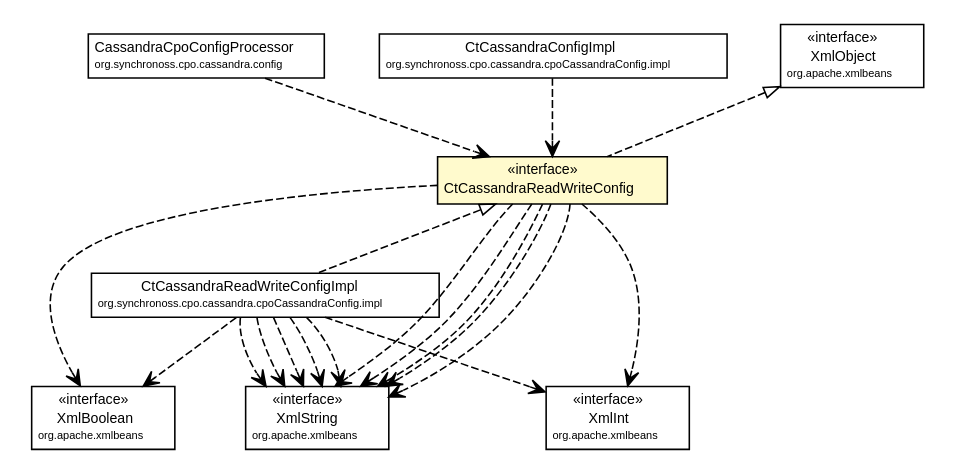
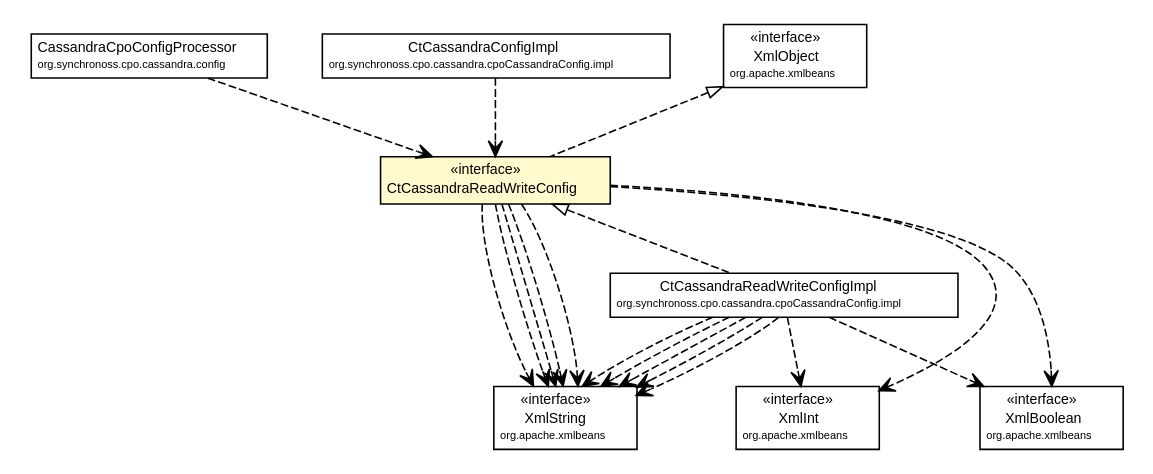
Before and after one commit to synchronoss/cpo-api: the diagram in site/apidocs/org/synchronoss/cpo/cassandra/cpoCassandraConfig/CtCassandraReadWriteConfig.dot, drawn with Graphviz. The commit also changed 899 other files, not shown here.

```diff
--- a/site/apidocs/org/synchronoss/cpo/cassandra/cpoCassandraConfig/CtCassandraReadWriteConfig.dot
+++ b/site/apidocs/org/synchronoss/cpo/cassandra/cpoCassandraConfig/CtCassandraReadWriteConfig.dot
@@ -1,106 +1,106 @@
 #!/usr/local/bin/dot
 #
 # Class diagram 
 # Generated by UmlGraph version 4.6 (http://www.spinellis.gr/sw/umlgraph)
 #
 
 digraph G {
 	edge [fontname="Helvetica",fontsize=10,labelfontname="Helvetica",labelfontsize=10];
 	node [fontname="Helvetica",fontsize=10,shape=plaintext];
 	// org.synchronoss.cpo.cassandra.config.CassandraCpoConfigProcessor
 	c51211 [label=<<table border="0" cellborder="1" cellspacing="0" cellpadding="2" port="p" href="../config/CassandraCpoConfigProcessor.html">
 		<tr><td><table border="0" cellspacing="0" cellpadding="1">
 			<tr><td> CassandraCpoConfigProcessor </td></tr>
 			<tr><td><font point-size="7.0"> org.synchronoss.cpo.cassandra.config </font></td></tr>
 		</table></td></tr>
 		</table>>, fontname="Helvetica", fontcolor="black", fontsize=9.0];
 	// org.synchronoss.cpo.cassandra.cpoCassandraConfig.CtCassandraReadWriteConfig
 	c51230 [label=<<table border="0" cellborder="1" cellspacing="0" cellpadding="2" port="p" bgcolor="lemonChiffon" href="./CtCassandraReadWriteConfig.html">
 		<tr><td><table border="0" cellspacing="0" cellpadding="1">
 			<tr><td> &laquo;interface&raquo; </td></tr>
 			<tr><td> CtCassandraReadWriteConfig </td></tr>
 		</table></td></tr>
 		</table>>, fontname="Helvetica", fontcolor="black", fontsize=9.0];
 	// org.synchronoss.cpo.cassandra.cpoCassandraConfig.impl.CtCassandraReadWriteConfigImpl
 	c51237 [label=<<table border="0" cellborder="1" cellspacing="0" cellpadding="2" port="p" href="./impl/CtCassandraReadWriteConfigImpl.html">
 		<tr><td><table border="0" cellspacing="0" cellpadding="1">
 			<tr><td> CtCassandraReadWriteConfigImpl </td></tr>
 			<tr><td><font point-size="7.0"> org.synchronoss.cpo.cassandra.cpoCassandraConfig.impl </font></td></tr>
 		</table></td></tr>
 		</table>>, fontname="Helvetica", fontcolor="black", fontsize=9.0];
 	// org.synchronoss.cpo.cassandra.cpoCassandraConfig.impl.CtCassandraConfigImpl
 	c51238 [label=<<table border="0" cellborder="1" cellspacing="0" cellpadding="2" port="p" href="./impl/CtCassandraConfigImpl.html">
 		<tr><td><table border="0" cellspacing="0" cellpadding="1">
 			<tr><td> CtCassandraConfigImpl </td></tr>
 			<tr><td><font point-size="7.0"> org.synchronoss.cpo.cassandra.cpoCassandraConfig.impl </font></td></tr>
 		</table></td></tr>
 		</table>>, fontname="Helvetica", fontcolor="black", fontsize=9.0];
 	//org.synchronoss.cpo.cassandra.cpoCassandraConfig.CtCassandraReadWriteConfig implements org.apache.xmlbeans.XmlObject
 	c51244:p -> c51230:p [dir=back,arrowtail=empty,style=dashed];
 	//org.synchronoss.cpo.cassandra.cpoCassandraConfig.impl.CtCassandraReadWriteConfigImpl implements org.synchronoss.cpo.cassandra.cpoCassandraConfig.CtCassandraReadWriteConfig
 	c51230:p -> c51237:p [dir=back,arrowtail=empty,style=dashed];
 	// org.synchronoss.cpo.cassandra.config.CassandraCpoConfigProcessor DEPEND org.synchronoss.cpo.cassandra.cpoCassandraConfig.CtCassandraReadWriteConfig
 	c51211:p -> c51230:p [taillabel="", label="", headlabel="", fontname="Helvetica", fontcolor="black", fontsize=10.0, color="black", arrowhead=open, style=dashed];
+	// org.synchronoss.cpo.cassandra.cpoCassandraConfig.CtCassandraReadWriteConfig DEPEND org.apache.xmlbeans.XmlString
+	c51230:p -> c51245:p [taillabel="", label="", headlabel="", fontname="Helvetica", fontcolor="black", fontsize=10.0, color="black", arrowhead=open, style=dashed];
+	// org.synchronoss.cpo.cassandra.cpoCassandraConfig.CtCassandraReadWriteConfig DEPEND org.apache.xmlbeans.XmlInt
+	c51230:p -> c51246:p [taillabel="", label="", headlabel="", fontname="Helvetica", fontcolor="black", fontsize=10.0, color="black", arrowhead=open, style=dashed];
 	// org.synchronoss.cpo.cassandra.cpoCassandraConfig.CtCassandraReadWriteConfig DEPEND org.apache.xmlbeans.XmlBoolean
+	c51230:p -> c51247:p [taillabel="", label="", headlabel="", fontname="Helvetica", fontcolor="black", fontsize=10.0, color="black", arrowhead=open, style=dashed];
+	// org.synchronoss.cpo.cassandra.cpoCassandraConfig.CtCassandraReadWriteConfig DEPEND org.apache.xmlbeans.XmlString
 	c51230:p -> c51245:p [taillabel="", label="", headlabel="", fontname="Helvetica", fontcolor="black", fontsize=10.0, color="black", arrowhead=open, style=dashed];
 	// org.synchronoss.cpo.cassandra.cpoCassandraConfig.CtCassandraReadWriteConfig DEPEND org.apache.xmlbeans.XmlString
-	c51230:p -> c51246:p [taillabel="", label="", headlabel="", fontname="Helvetica", fontcolor="black", fontsize=10.0, color="black", arrowhead=open, style=dashed];
+	c51230:p -> c51245:p [taillabel="", label="", headlabel="", fontname="Helvetica", fontcolor="black", fontsize=10.0, color="black", arrowhead=open, style=dashed];
 	// org.synchronoss.cpo.cassandra.cpoCassandraConfig.CtCassandraReadWriteConfig DEPEND org.apache.xmlbeans.XmlString
-	c51230:p -> c51246:p [taillabel="", label="", headlabel="", fontname="Helvetica", fontcolor="black", fontsize=10.0, color="black", arrowhead=open, style=dashed];
+	c51230:p -> c51245:p [taillabel="", label="", headlabel="", fontname="Helvetica", fontcolor="black", fontsize=10.0, color="black", arrowhead=open, style=dashed];
 	// org.synchronoss.cpo.cassandra.cpoCassandraConfig.CtCassandraReadWriteConfig DEPEND org.apache.xmlbeans.XmlString
-	c51230:p -> c51246:p [taillabel="", label="", headlabel="", fontname="Helvetica", fontcolor="black", fontsize=10.0, color="black", arrowhead=open, style=dashed];
-	// org.synchronoss.cpo.cassandra.cpoCassandraConfig.CtCassandraReadWriteConfig DEPEND org.apache.xmlbeans.XmlString
-	c51230:p -> c51246:p [taillabel="", label="", headlabel="", fontname="Helvetica", fontcolor="black", fontsize=10.0, color="black", arrowhead=open, style=dashed];
-	// org.synchronoss.cpo.cassandra.cpoCassandraConfig.CtCassandraReadWriteConfig DEPEND org.apache.xmlbeans.XmlString
-	c51230:p -> c51246:p [taillabel="", label="", headlabel="", fontname="Helvetica", fontcolor="black", fontsize=10.0, color="black", arrowhead=open, style=dashed];
-	// org.synchronoss.cpo.cassandra.cpoCassandraConfig.CtCassandraReadWriteConfig DEPEND org.apache.xmlbeans.XmlInt
-	c51230:p -> c51247:p [taillabel="", label="", headlabel="", fontname="Helvetica", fontcolor="black", fontsize=10.0, color="black", arrowhead=open, style=dashed];
+	c51230:p -> c51245:p [taillabel="", label="", headlabel="", fontname="Helvetica", fontcolor="black", fontsize=10.0, color="black", arrowhead=open, style=dashed];
+	// org.synchronoss.cpo.cassandra.cpoCassandraConfig.impl.CtCassandraReadWriteConfigImpl DEPEND org.apache.xmlbeans.XmlInt
+	c51237:p -> c51246:p [taillabel="", label="", headlabel="", fontname="Helvetica", fontcolor="black", fontsize=10.0, color="black", arrowhead=open, style=dashed];
+	// org.synchronoss.cpo.cassandra.cpoCassandraConfig.impl.CtCassandraReadWriteConfigImpl DEPEND org.apache.xmlbeans.XmlString
+	c51237:p -> c51245:p [taillabel="", label="", headlabel="", fontname="Helvetica", fontcolor="black", fontsize=10.0, color="black", arrowhead=open, style=dashed];
 	// org.synchronoss.cpo.cassandra.cpoCassandraConfig.impl.CtCassandraReadWriteConfigImpl DEPEND org.apache.xmlbeans.XmlBoolean
+	c51237:p -> c51247:p [taillabel="", label="", headlabel="", fontname="Helvetica", fontcolor="black", fontsize=10.0, color="black", arrowhead=open, style=dashed];
+	// org.synchronoss.cpo.cassandra.cpoCassandraConfig.impl.CtCassandraReadWriteConfigImpl DEPEND org.apache.xmlbeans.XmlString
 	c51237:p -> c51245:p [taillabel="", label="", headlabel="", fontname="Helvetica", fontcolor="black", fontsize=10.0, color="black", arrowhead=open, style=dashed];
 	// org.synchronoss.cpo.cassandra.cpoCassandraConfig.impl.CtCassandraReadWriteConfigImpl DEPEND org.apache.xmlbeans.XmlString
-	c51237:p -> c51246:p [taillabel="", label="", headlabel="", fontname="Helvetica", fontcolor="black", fontsize=10.0, color="black", arrowhead=open, style=dashed];
+	c51237:p -> c51245:p [taillabel="", label="", headlabel="", fontname="Helvetica", fontcolor="black", fontsize=10.0, color="black", arrowhead=open, style=dashed];
 	// org.synchronoss.cpo.cassandra.cpoCassandraConfig.impl.CtCassandraReadWriteConfigImpl DEPEND org.apache.xmlbeans.XmlString
-	c51237:p -> c51246:p [taillabel="", label="", headlabel="", fontname="Helvetica", fontcolor="black", fontsize=10.0, color="black", arrowhead=open, style=dashed];
+	c51237:p -> c51245:p [taillabel="", label="", headlabel="", fontname="Helvetica", fontcolor="black", fontsize=10.0, color="black", arrowhead=open, style=dashed];
 	// org.synchronoss.cpo.cassandra.cpoCassandraConfig.impl.CtCassandraReadWriteConfigImpl DEPEND org.apache.xmlbeans.XmlString
-	c51237:p -> c51246:p [taillabel="", label="", headlabel="", fontname="Helvetica", fontcolor="black", fontsize=10.0, color="black", arrowhead=open, style=dashed];
-	// org.synchronoss.cpo.cassandra.cpoCassandraConfig.impl.CtCassandraReadWriteConfigImpl DEPEND org.apache.xmlbeans.XmlString
-	c51237:p -> c51246:p [taillabel="", label="", headlabel="", fontname="Helvetica", fontcolor="black", fontsize=10.0, color="black", arrowhead=open, style=dashed];
-	// org.synchronoss.cpo.cassandra.cpoCassandraConfig.impl.CtCassandraReadWriteConfigImpl DEPEND org.apache.xmlbeans.XmlString
-	c51237:p -> c51246:p [taillabel="", label="", headlabel="", fontname="Helvetica", fontcolor="black", fontsize=10.0, color="black", arrowhead=open, style=dashed];
-	// org.synchronoss.cpo.cassandra.cpoCassandraConfig.impl.CtCassandraReadWriteConfigImpl DEPEND org.apache.xmlbeans.XmlInt
-	c51237:p -> c51247:p [taillabel="", label="", headlabel="", fontname="Helvetica", fontcolor="black", fontsize=10.0, color="black", arrowhead=open, style=dashed];
+	c51237:p -> c51245:p [taillabel="", label="", headlabel="", fontname="Helvetica", fontcolor="black", fontsize=10.0, color="black", arrowhead=open, style=dashed];
 	// org.synchronoss.cpo.cassandra.cpoCassandraConfig.impl.CtCassandraConfigImpl DEPEND org.synchronoss.cpo.cassandra.cpoCassandraConfig.CtCassandraReadWriteConfig
 	c51238:p -> c51230:p [taillabel="", label="", headlabel="", fontname="Helvetica", fontcolor="black", fontsize=10.0, color="black", arrowhead=open, style=dashed];
 	// org.apache.xmlbeans.XmlObject
 	c51244 [label=<<table border="0" cellborder="1" cellspacing="0" cellpadding="2" port="p" href="http://java.sun.com/j2se/1.4.2/docs/api/org/apache/xmlbeans/XmlObject.html">
 		<tr><td><table border="0" cellspacing="0" cellpadding="1">
 			<tr><td> &laquo;interface&raquo; </td></tr>
 			<tr><td> XmlObject </td></tr>
 			<tr><td><font point-size="7.0"> org.apache.xmlbeans </font></td></tr>
 		</table></td></tr>
 		</table>>, fontname="Helvetica", fontcolor="black", fontsize=9.0];
 	// org.apache.xmlbeans.XmlInt
-	c51247 [label=<<table border="0" cellborder="1" cellspacing="0" cellpadding="2" port="p" href="http://java.sun.com/j2se/1.4.2/docs/api/org/apache/xmlbeans/XmlInt.html">
+	c51246 [label=<<table border="0" cellborder="1" cellspacing="0" cellpadding="2" port="p" href="http://java.sun.com/j2se/1.4.2/docs/api/org/apache/xmlbeans/XmlInt.html">
 		<tr><td><table border="0" cellspacing="0" cellpadding="1">
 			<tr><td> &laquo;interface&raquo; </td></tr>
 			<tr><td> XmlInt </td></tr>
 			<tr><td><font point-size="7.0"> org.apache.xmlbeans </font></td></tr>
 		</table></td></tr>
 		</table>>, fontname="Helvetica", fontcolor="black", fontsize=9.0];
 	// org.apache.xmlbeans.XmlString
-	c51246 [label=<<table border="0" cellborder="1" cellspacing="0" cellpadding="2" port="p" href="http://java.sun.com/j2se/1.4.2/docs/api/org/apache/xmlbeans/XmlString.html">
+	c51245 [label=<<table border="0" cellborder="1" cellspacing="0" cellpadding="2" port="p" href="http://java.sun.com/j2se/1.4.2/docs/api/org/apache/xmlbeans/XmlString.html">
 		<tr><td><table border="0" cellspacing="0" cellpadding="1">
 			<tr><td> &laquo;interface&raquo; </td></tr>
 			<tr><td> XmlString </td></tr>
 			<tr><td><font point-size="7.0"> org.apache.xmlbeans </font></td></tr>
 		</table></td></tr>
 		</table>>, fontname="Helvetica", fontcolor="black", fontsize=9.0];
 	// org.apache.xmlbeans.XmlBoolean
-	c51245 [label=<<table border="0" cellborder="1" cellspacing="0" cellpadding="2" port="p" href="http://java.sun.com/j2se/1.4.2/docs/api/org/apache/xmlbeans/XmlBoolean.html">
+	c51247 [label=<<table border="0" cellborder="1" cellspacing="0" cellpadding="2" port="p" href="http://java.sun.com/j2se/1.4.2/docs/api/org/apache/xmlbeans/XmlBoolean.html">
 		<tr><td><table border="0" cellspacing="0" cellpadding="1">
 			<tr><td> &laquo;interface&raquo; </td></tr>
 			<tr><td> XmlBoolean </td></tr>
 			<tr><td><font point-size="7.0"> org.apache.xmlbeans </font></td></tr>
 		</table></td></tr>
 		</table>>, fontname="Helvetica", fontcolor="black", fontsize=9.0];
 }
```
